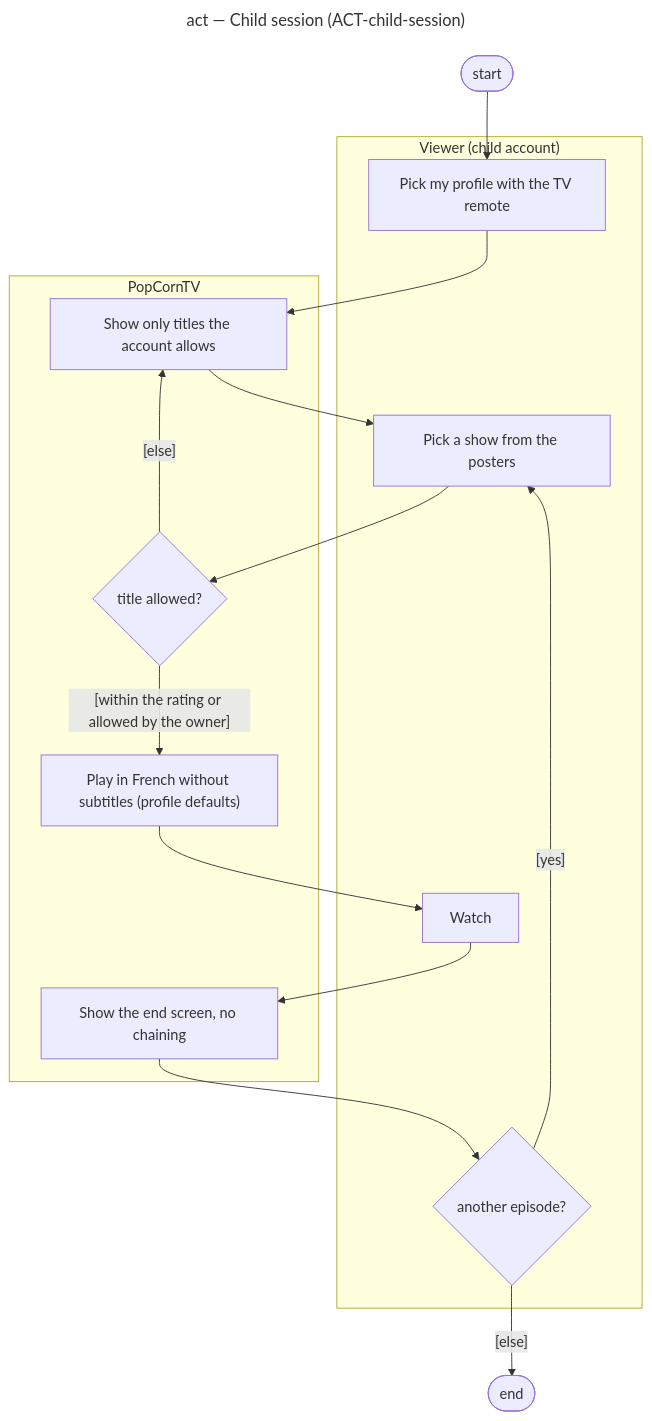
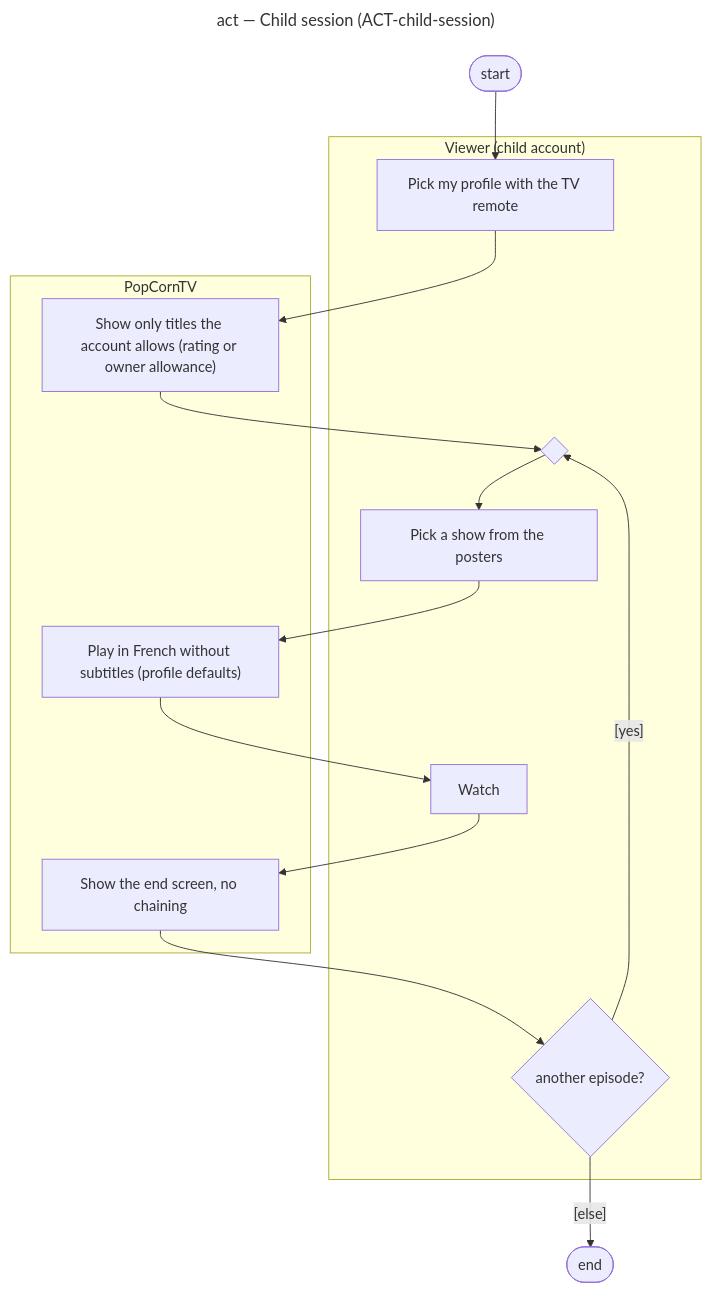
The diagram in docs/architecture/diagrams/redesign/07-activity-child-session.md (benoit-bremaud/popcorntv), drawn with Mermaid before and after one commit. The commit also changed other lines of this file and 21 other files, not shown here.

````diff
--- a/docs/architecture/diagrams/redesign/07-activity-child-session.md
+++ b/docs/architecture/diagrams/redesign/07-activity-child-session.md
@@ -8,24 +8,22 @@
 ```mermaid
 ---
 title: act — Child session (ACT-child-session)
 ---
 flowchart TD
   Start(["start"]) --> E1
   subgraph Child ["Viewer (child account)"]
     E1["Pick my profile with the TV remote"]
+    M1{" "}
     E3["Pick a show from the posters"]
     E5["Watch"]
     D2{"another episode?"}
   end
   subgraph App ["PopCornTV"]
-    E2["Show only titles the account allows"]
-    D1{"title allowed?"}
+    E2["Show only titles the account allows (rating or owner allowance)"]
     E4["Play in French without subtitles (profile defaults)"]
     E6["Show the end screen, no chaining"]
   end
-  E1 --> E2 --> E3 --> D1
-  D1 -->|"[within the rating or allowed by the owner]"| E4 --> E5 --> E6 --> D2
-  D1 -->|"[else]"| E2
-  D2 -->|"[yes]"| E3
+  E1 --> E2 --> M1 --> E3 --> E4 --> E5 --> E6 --> D2
+  D2 -->|"[yes]"| M1
   D2 -->|"[else]"| End(["end"])
 ```
````
